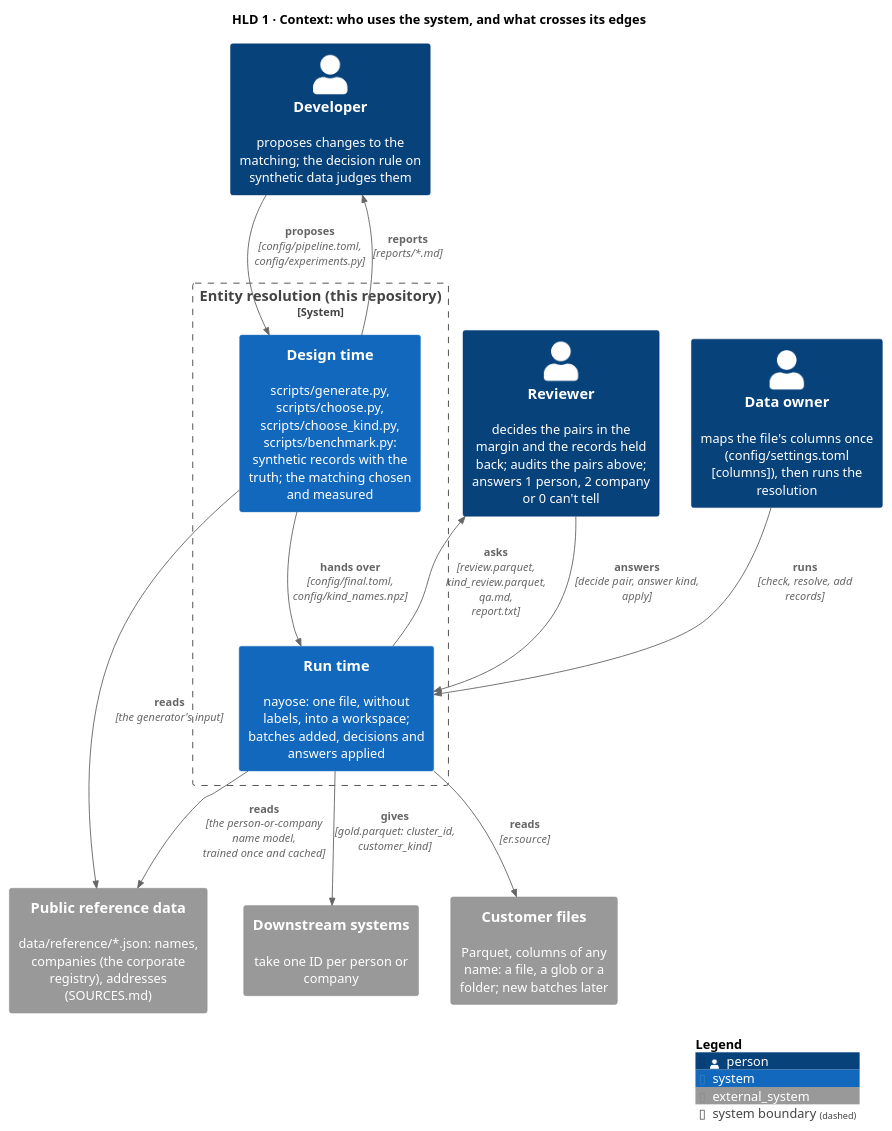
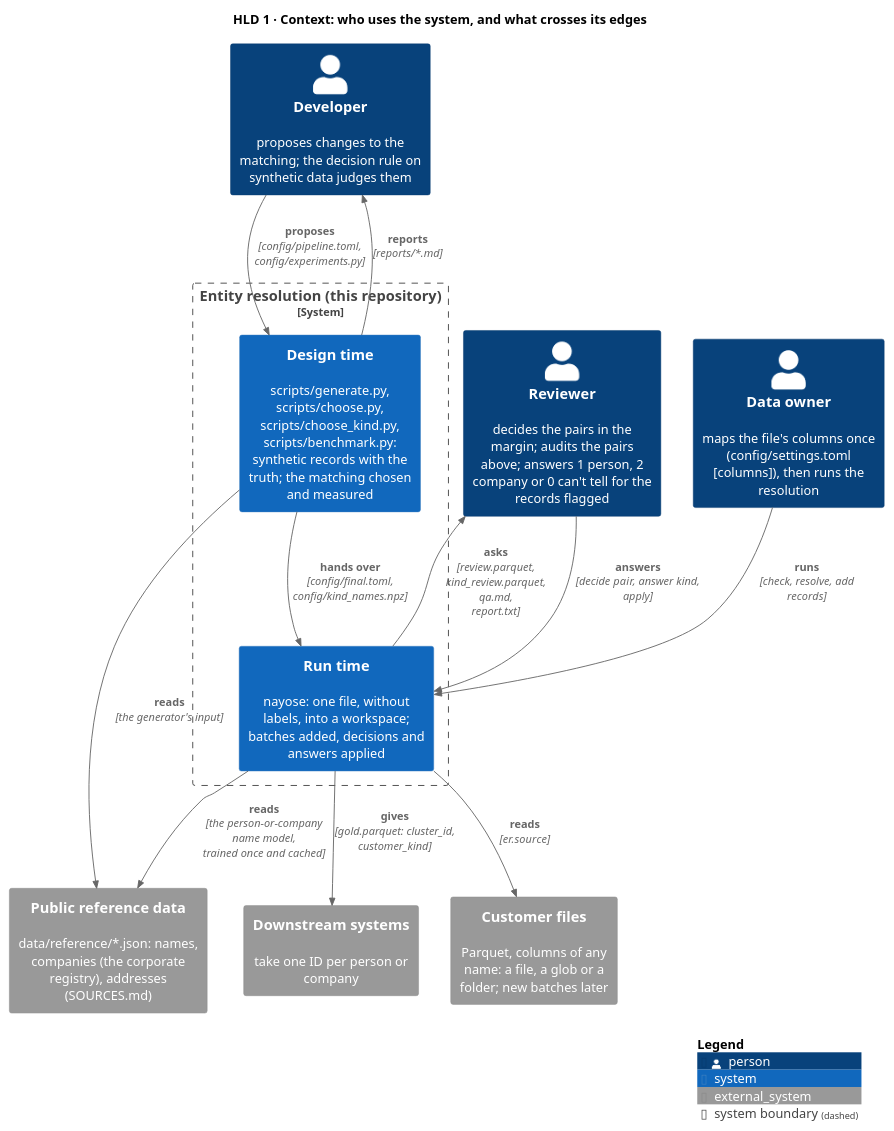
One commit to mvsbm/entity_matching changed the diagram in docs/diagrams/context.puml. Above: the diagram before and after it, drawn with PlantUML. The commit also changed 26 other files, not shown here.

```diff
--- a/docs/diagrams/context.puml
+++ b/docs/diagrams/context.puml
@@ -1,31 +1,31 @@
 @startuml context
 !include <C4/C4_Context>
 LAYOUT_TOP_DOWN()
 HIDE_STEREOTYPE()
 title HLD 1 · Context: who uses the system, and what crosses its edges
 
 Person(owner, "Data owner", "maps the file's columns once (config/settings.toml [columns]), then runs the resolution")
-Person(reviewer, "Reviewer", "decides the pairs in the margin and the records held back; audits the pairs above; answers 1 person, 2 company or 0 can't tell")
+Person(reviewer, "Reviewer", "decides the pairs in the margin; audits the pairs above; answers 1 person, 2 company or 0 can't tell for the records flagged")
 Person(developer, "Developer", "proposes changes to the matching; the decision rule on synthetic data judges them")
 
 System_Ext(files, "Customer files", "Parquet, columns of any name: a file, a glob or a folder; new batches later")
 System_Ext(reference, "Public reference data", "data/reference/*.json: names, companies (the corporate registry), addresses (SOURCES.md)")
 System_Ext(downstream, "Downstream systems", "take one ID per person or company")
 
 System_Boundary(er, "Entity resolution (this repository)") {
   System(runtime, "Run time", "nayose: one file, without labels, into a workspace; batches added, decisions and answers applied")
   System(design, "Design time", "scripts/generate.py, scripts/choose.py, scripts/choose_kind.py, scripts/benchmark.py: synthetic records with the truth; the matching chosen and measured")
 }
 
 Rel(owner, runtime, "runs", "check, resolve, add records")
 Rel(runtime, files, "reads", "er.source")
 Rel(runtime, reference, "reads", "the person-or-company name model, trained once and cached")
 Rel(design, reference, "reads", "the generator's input")
 Rel(developer, design, "proposes", "config/pipeline.toml, config/experiments.py")
 Rel(design, developer, "reports", "reports/*.md")
 Rel(design, runtime, "hands over", "config/final.toml, config/kind_names.npz")
 Rel(runtime, reviewer, "asks", "review.parquet, kind_review.parquet, qa.md, report.txt")
 Rel(reviewer, runtime, "answers", "decide pair, answer kind, apply")
 Rel(runtime, downstream, "gives", "gold.parquet: cluster_id, customer_kind")
 SHOW_LEGEND()
 @enduml
```
